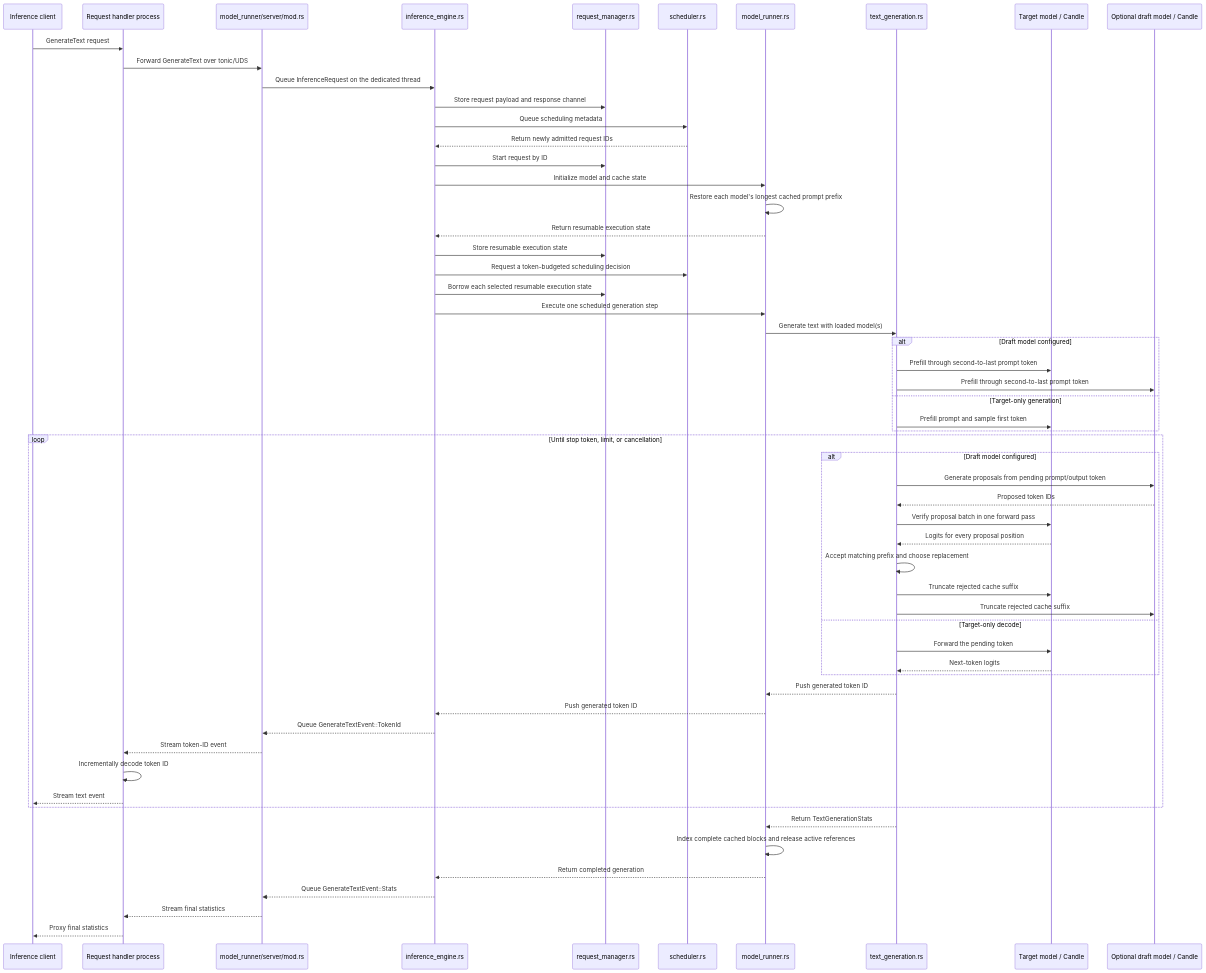
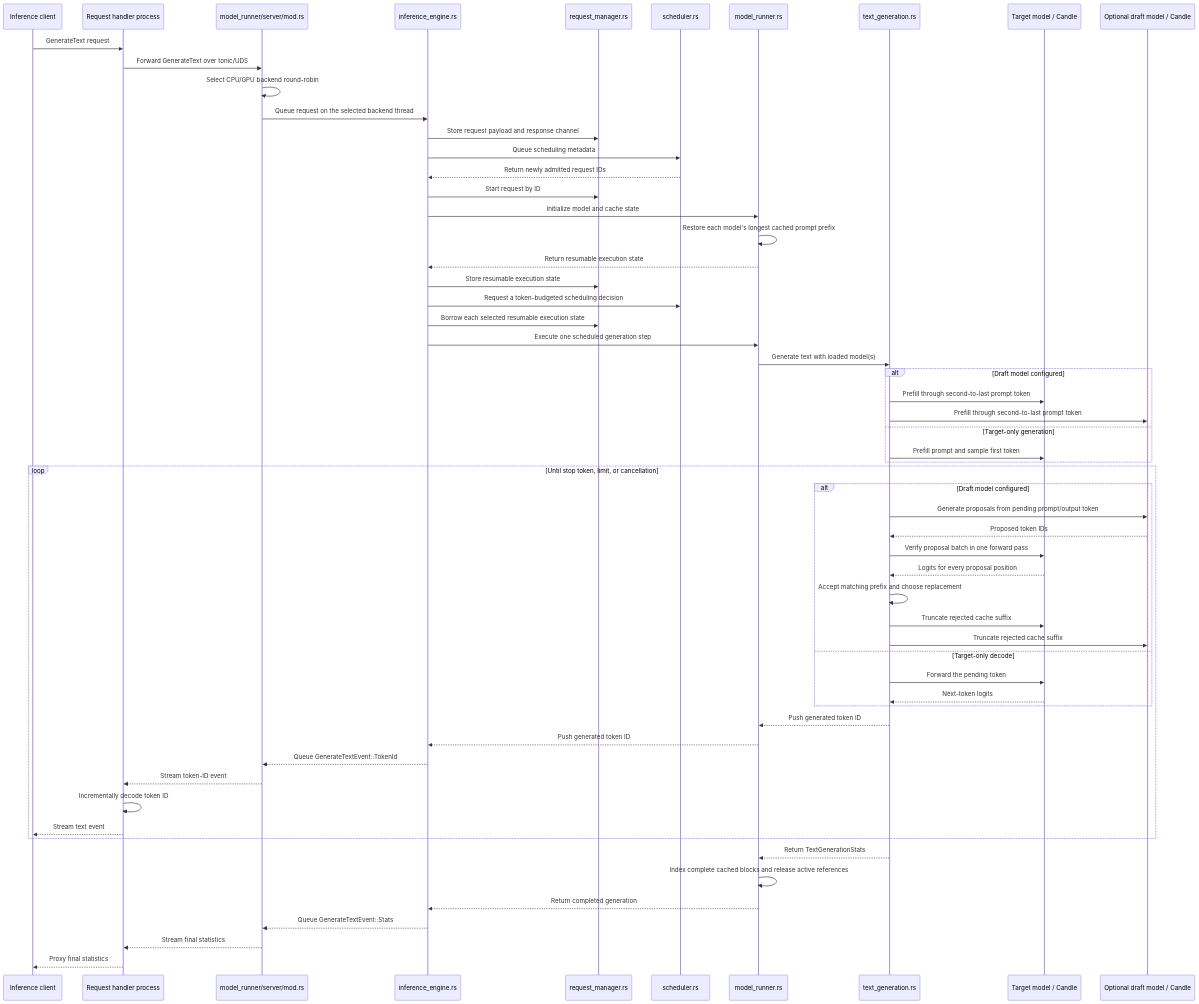
Before and after one commit to lun0522/mini-vllm-rs: the second of 2 diagrams in src/model_runner/README.md, drawn with Mermaid. The commit also changed other lines of this file and 5 other files, not shown here.

First line of the commit message:
Docs: Streamline README and expand architecture documentation

````diff
--- a/src/model_runner/README.md
+++ b/src/model_runner/README.md
@@ -80,61 +86,62 @@
 ```mermaid
 sequenceDiagram
     participant Caller as Inference client
     participant Handler as Request handler process
     participant Rpc as model_runner/server/mod.rs
     participant Engine as inference_engine.rs
     participant Requests as request_manager.rs
     participant Scheduler as scheduler.rs
     participant Runner as model_runner.rs
     participant Decode as text_generation.rs
     participant Target as Target model / Candle
     participant Draft as Optional draft model / Candle
 
     Caller->>Handler: GenerateText request
     Handler->>Rpc: Forward GenerateText over tonic/UDS
-    Rpc->>Engine: Queue InferenceRequest on the dedicated thread
+    Rpc->>Rpc: Select CPU/GPU backend round-robin
+    Rpc->>Engine: Queue request on the selected backend thread
     Engine->>Requests: Store request payload and response channel
     Engine->>Scheduler: Queue scheduling metadata
     Scheduler-->>Engine: Return newly admitted request IDs
     Engine->>Requests: Start request by ID
     Engine->>Runner: Initialize model and cache state
     Runner->>Runner: Restore each model's longest cached prompt prefix
     Runner-->>Engine: Return resumable execution state
     Engine->>Requests: Store resumable execution state
     Engine->>Scheduler: Request a token-budgeted scheduling decision
     Engine->>Requests: Borrow each selected resumable execution state
     Engine->>Runner: Execute one scheduled generation step
     Runner->>Decode: Generate text with loaded model(s)
     alt Draft model configured
         Decode->>Target: Prefill through second-to-last prompt token
         Decode->>Draft: Prefill through second-to-last prompt token
     else Target-only generation
         Decode->>Target: Prefill prompt and sample first token
     end
     loop Until stop token, limit, or cancellation
         alt Draft model configured
             Decode->>Draft: Generate proposals from pending prompt/output token
             Draft-->>Decode: Proposed token IDs
             Decode->>Target: Verify proposal batch in one forward pass
             Target-->>Decode: Logits for every proposal position
             Decode->>Decode: Accept matching prefix and choose replacement
             Decode->>Target: Truncate rejected cache suffix
             Decode->>Draft: Truncate rejected cache suffix
         else Target-only decode
             Decode->>Target: Forward the pending token
             Target-->>Decode: Next-token logits
         end
         Decode-->>Runner: Push generated token ID
         Runner-->>Engine: Push generated token ID
         Engine-->>Rpc: Queue GenerateTextEvent::TokenId
         Rpc-->>Handler: Stream token-ID event
         Handler->>Handler: Incrementally decode token ID
         Handler-->>Caller: Stream text event
     end
     Decode-->>Runner: Return TextGenerationStats
     Runner->>Runner: Index complete cached blocks and release active references
     Runner-->>Engine: Return completed generation
     Engine-->>Rpc: Queue GenerateTextEvent::Stats
     Rpc-->>Handler: Stream final statistics
     Handler-->>Caller: Proxy final statistics
 ```
````
